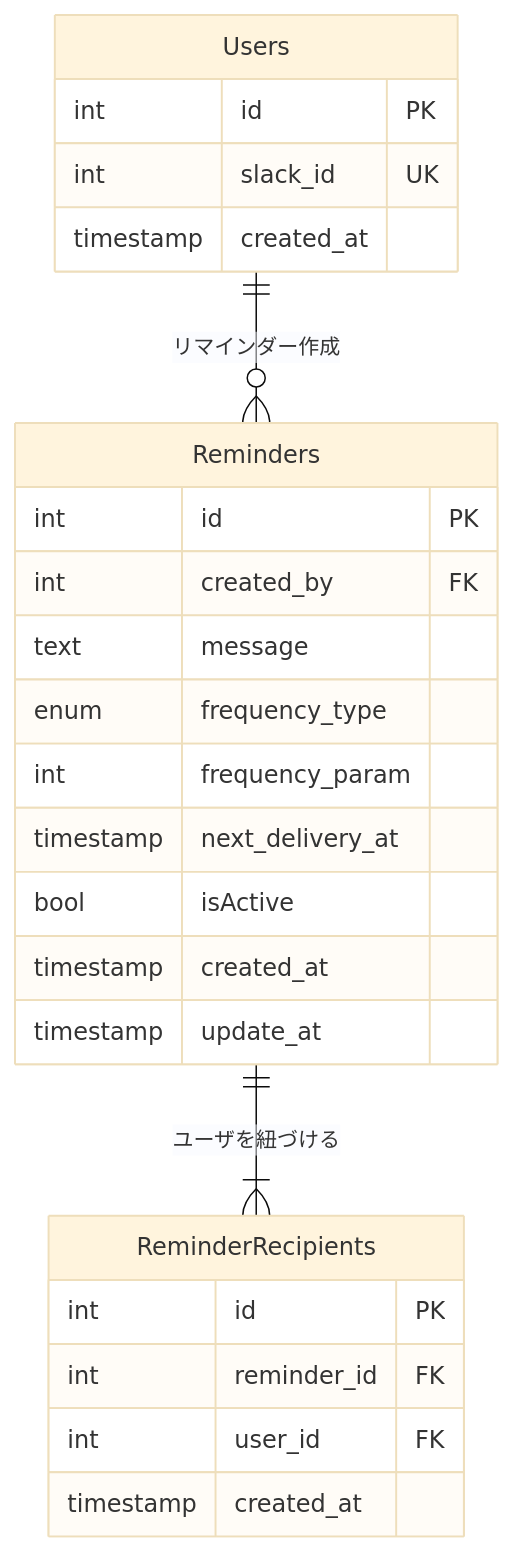
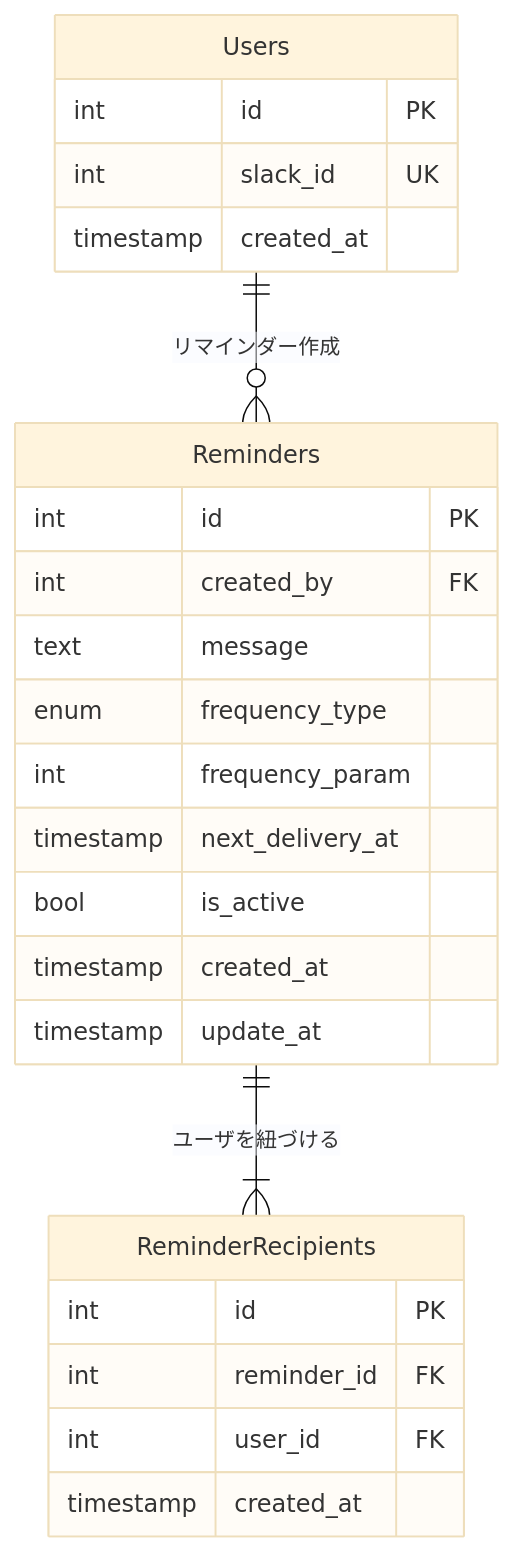
Before and after one commit to daiki-tadokoro/praha-challenge: the diagram in Database/04_modeling/課題1.md, drawn with Mermaid (base theme).

````diff
--- a/Database/04_modeling/課題1.md
+++ b/Database/04_modeling/課題1.md
@@ -23,30 +23,30 @@
 ```mermaid
 erDiagram
   Users ||--o{ Reminders : "リマインダー作成"
   Reminders ||--|{ ReminderRecipients : "ユーザを紐づける"
 
   Users {
   int id PK
   int slack_id UK
   timestamp created_at
   }
 
   Reminders {
   int id PK
   int created_by FK
   text message
   enum frequency_type
   int frequency_param
   timestamp next_delivery_at
-  bool isActive
+  bool is_active
   timestamp created_at
   timestamp update_at
   }
 
   ReminderRecipients {
   int id PK
   int reminder_id FK
   int user_id FK
   timestamp created_at
   }
 ```
````
